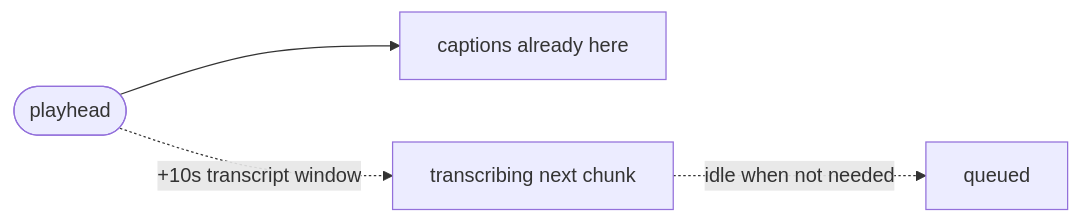
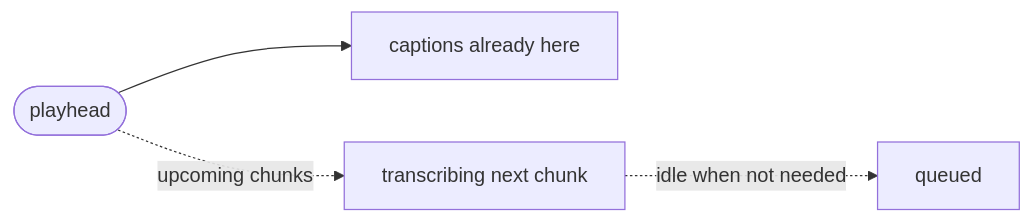
Before and after one commit to sharathkrml/live-transcribe: the first of 2 diagrams in README.md, drawn with Mermaid. The commit also changed other lines of this file and 4 other files, not shown here.

````diff
--- a/README.md
+++ b/README.md
@@ -22,6 +22,6 @@
 ```mermaid
 flowchart LR
     A([playhead]) --> B["captions already here"]
-    A -. "+10s transcript window" .-> C["transcribing next chunk"]
+    A -. "upcoming chunks" .-> C["transcribing next chunk"]
     C -. "idle when not needed" .-> D["queued"]
 ```
````
